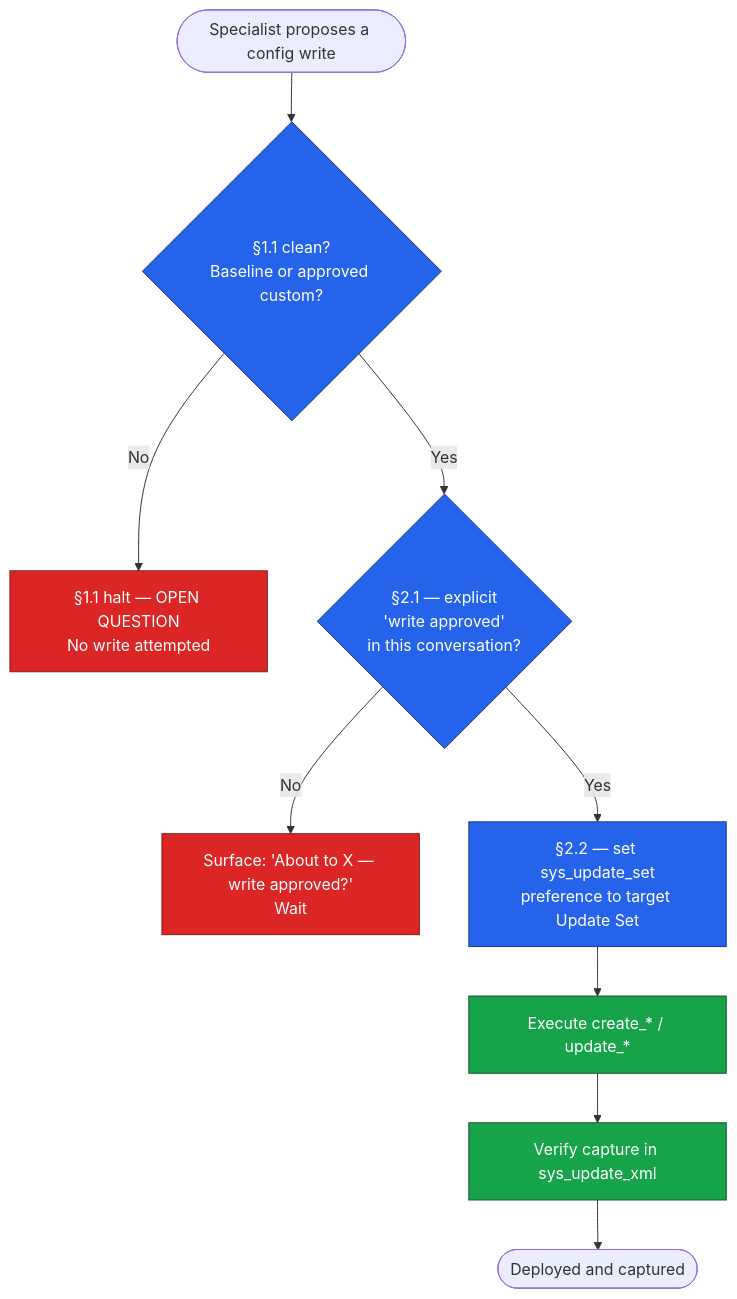
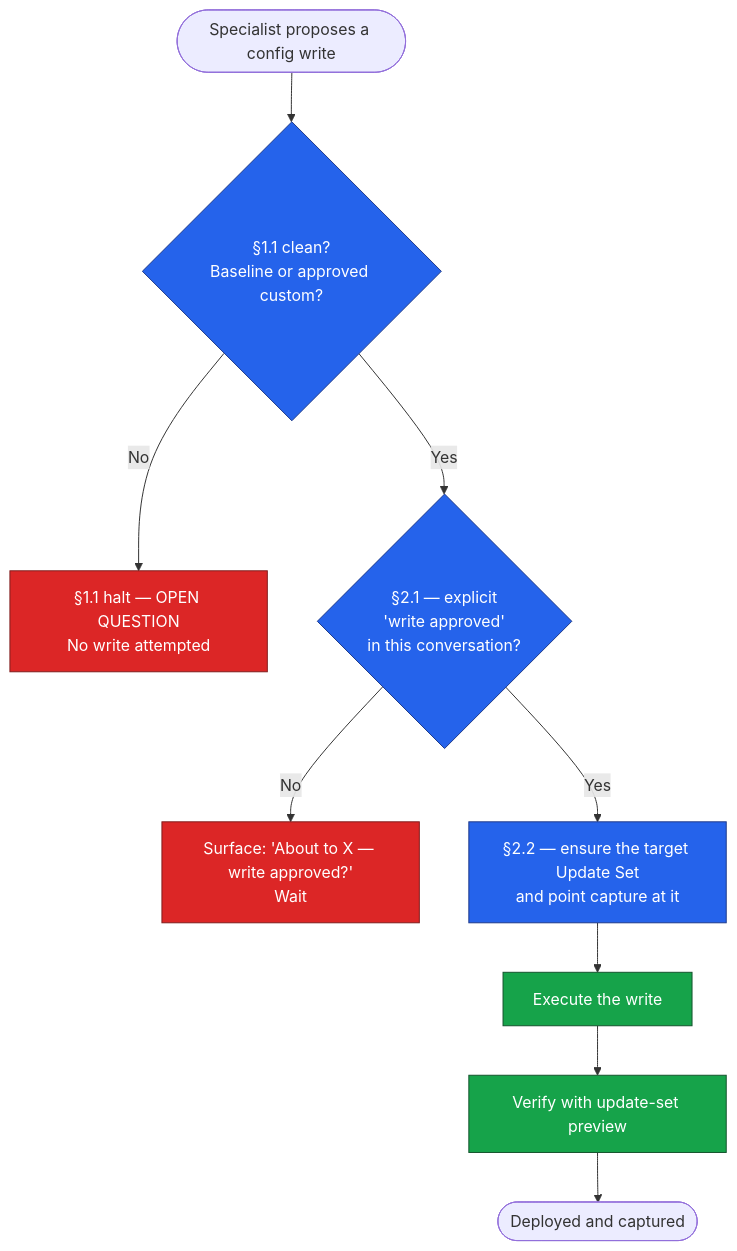
The diagram in docs/MCP-OPERATIONS-GUIDE.md (farstic/claude-servicenow-live), drawn with Mermaid before and after one commit. The commit also changed other lines of this file and 18 other files, not shown here.

````diff
--- a/docs/MCP-OPERATIONS-GUIDE.md
+++ b/docs/MCP-OPERATIONS-GUIDE.md
@@ -108,19 +110,19 @@
 ```mermaid
 flowchart TD
     Start([Specialist proposes a config write]) --> S11{§1.1 clean?<br/>Baseline or approved custom?}
     S11 -->|No| Halt11[§1.1 halt — OPEN QUESTION<br/>No write attempted]
     S11 -->|Yes| Gate1{§2.1 — explicit<br/>'write approved'<br/>in this conversation?}
     Gate1 -->|No| Ask[Surface: 'About to X — write approved?'<br/>Wait]
-    Gate1 -->|Yes| Gate2[§2.2 — set sys_update_set<br/>preference to target Update Set]
-    Gate2 --> Write[Execute create_* / update_*]
-    Write --> Verify[Verify capture in sys_update_xml]
+    Gate1 -->|Yes| Gate2[§2.2 — ensure the target Update Set<br/>and point capture at it]
+    Gate2 --> Write[Execute the write]
+    Write --> Verify[Verify with update-set preview]
     Verify --> Done([Deployed and captured])
 
     classDef governance fill:#dc2626,stroke:#7f1d1d,color:#fff
     classDef gate fill:#2563eb,stroke:#1e3a8a,color:#fff
     classDef action fill:#16a34a,stroke:#14532d,color:#fff
 
     class Halt11,Ask governance
     class Gate1,Gate2,S11 gate
     class Write,Verify action
 ```
````
